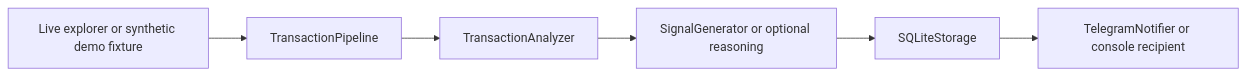
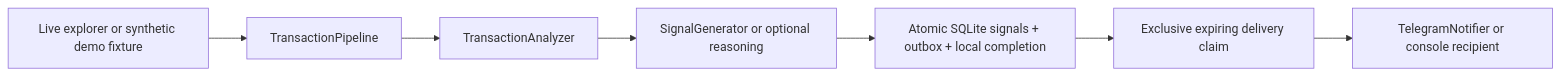
One commit to SentryCage/sentrycage changed the diagram in docs/architecture.md. Above: the diagram before and after it, drawn with Mermaid. The commit also changed other lines of this file and 34 other files, not shown here.

````diff
--- a/docs/architecture.md
+++ b/docs/architecture.md
@@ -7,8 +9,9 @@
 ```mermaid
 flowchart LR
   A[Live explorer or synthetic demo fixture] --> B[TransactionPipeline]
   B --> C[TransactionAnalyzer]
   C --> D[SignalGenerator or optional reasoning]
-  D --> E[SQLiteStorage]
-  E --> F[TelegramNotifier or console recipient]
+  D --> E[Atomic SQLite signals + outbox + local completion]
+  E --> G[Exclusive expiring delivery claim]
+  G --> F[TelegramNotifier or console recipient]
 ```
````
